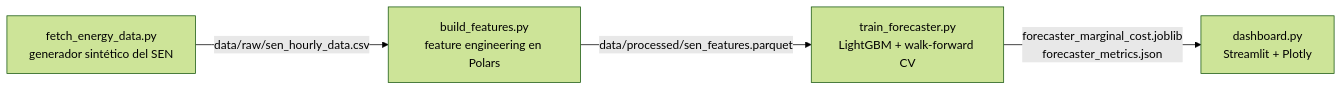
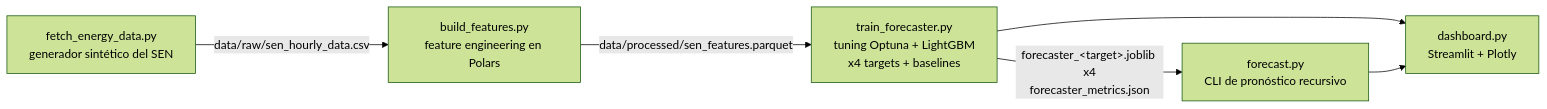
Before and after one commit to Rxyxs/chile-energy-grid-forecasting: the diagram in README.es.md, drawn with Mermaid (forest theme). The commit also changed other lines of this file and 12 other files, not shown here.

Commit message:
feat: multi-target forecasting, Optuna tuning, baselines, recursive forecast CLI, tests

````diff
--- a/README.es.md
+++ b/README.es.md
@@ -39,6 +41,8 @@
 ```mermaid
 flowchart LR
     A["fetch_energy_data.py\ngenerador sintético del SEN"] -->|"data/raw/sen_hourly_data.csv"| B["build_features.py\nfeature engineering en Polars"]
-    B -->|"data/processed/sen_features.parquet"| C["train_forecaster.py\nLightGBM + walk-forward CV"]
-    C -->|"forecaster_marginal_cost.joblib\nforecaster_metrics.json"| D["dashboard.py\nStreamlit + Plotly"]
+    B -->|"data/processed/sen_features.parquet"| C["train_forecaster.py\ntuning Optuna + LightGBM\nx4 targets + baselines"]
+    C -->|"forecaster_&lt;target&gt;.joblib x4\nforecaster_metrics.json"| D["forecast.py\nCLI de pronóstico recursivo"]
+    C --> E["dashboard.py\nStreamlit + Plotly"]
+    D --> E
 ```
````
